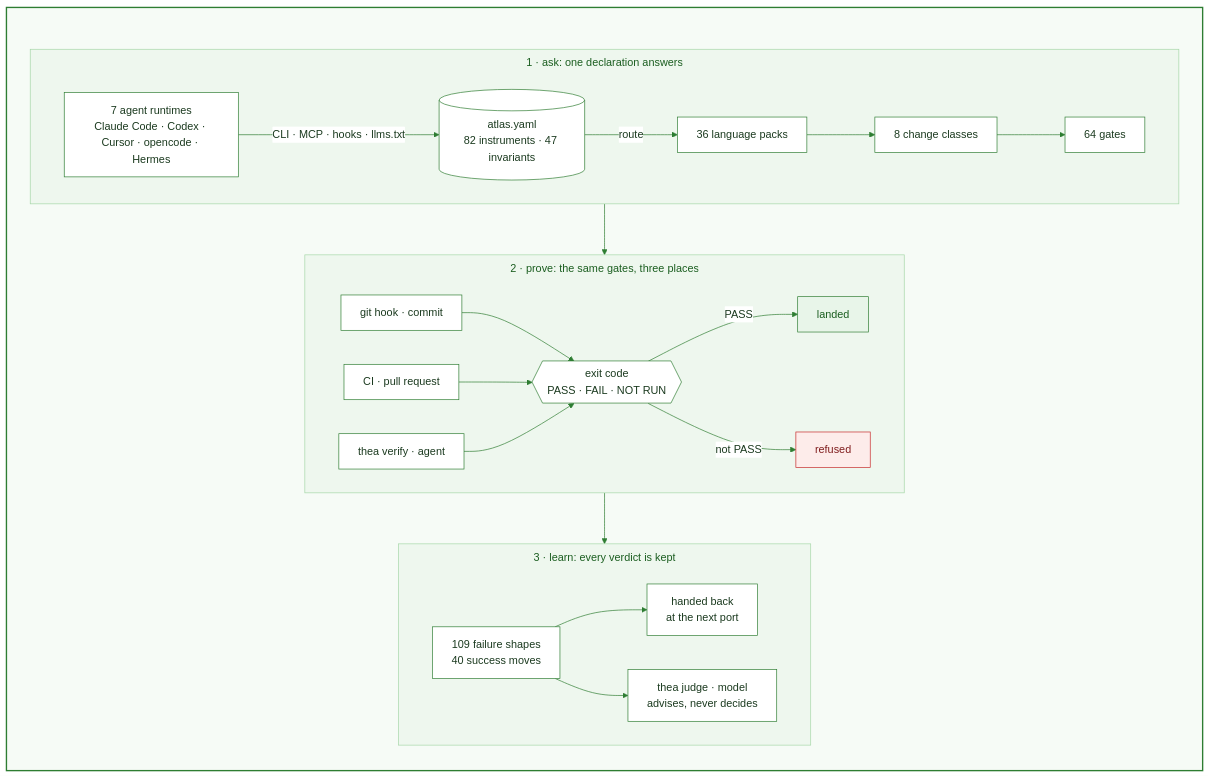
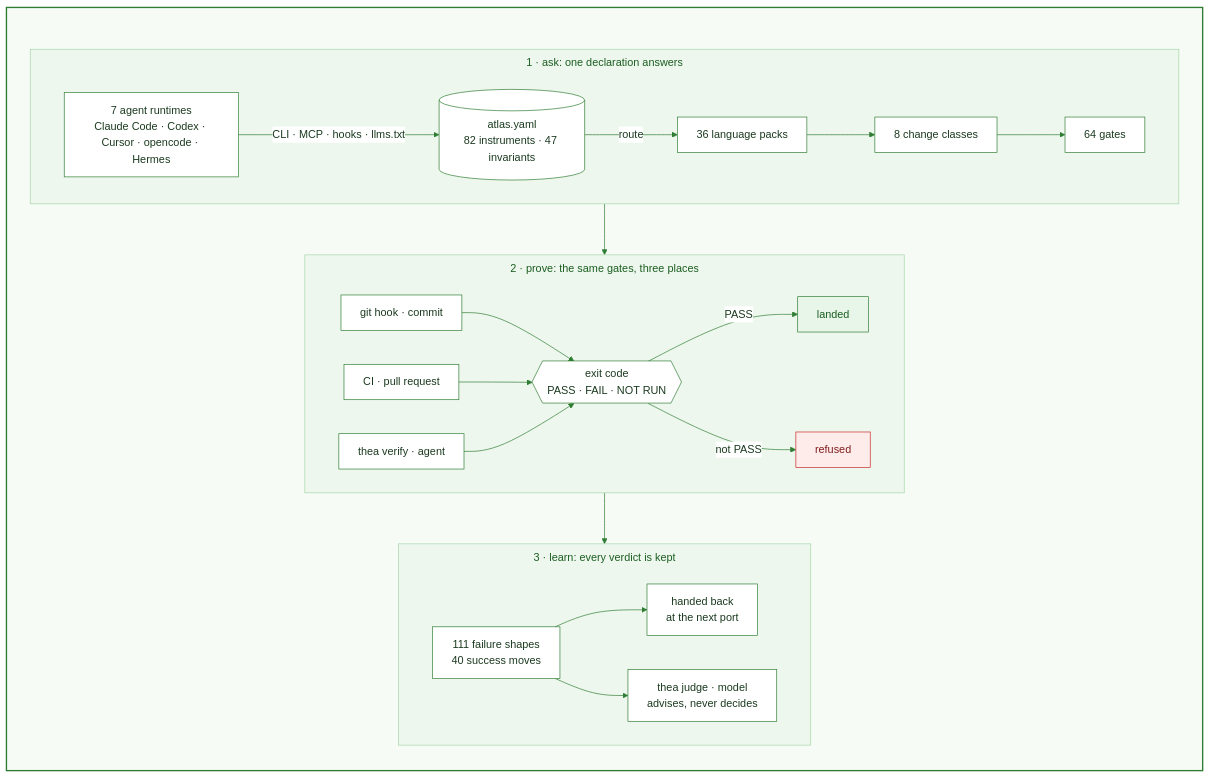
The diagram in README.md (HLIntel/Headron), drawn with Mermaid before and after one commit. The commit also changed other lines of this file and 8 other files, not shown here.

````diff
--- a/README.md
+++ b/README.md
@@ -40,45 +40,45 @@
 ```mermaid
 ---
 config:
   theme: base
   themeVariables:
     primaryColor: "#ffffff"
     primaryBorderColor: "#2e7d32"
     primaryTextColor: "#1b3a1f"
     lineColor: "#2e7d32"
     clusterBkg: "#eef7ee"
     clusterBorder: "#a5d6a7"
     titleColor: "#1b5e20"
   flowchart:
     subGraphTitleMargin: {top: 8, bottom: 16}
     padding: 14
 ---
 flowchart TB
   accTitle: How Thea proves a change
   accDescr: 7 runtimes ask, atlas.yaml routes to 1 of 36 packs and 64 gates, the same gates run at commit, in CI and in thea verify, anything but PASS is refused, verdicts feed the failure and success ledgers, a trained judge only advises
   subgraph thea [" "]
     direction TB
     subgraph ask [1 · ask: one declaration answers]
       direction LR
       A[7 agent runtimes<br>Claude Code · Codex · Cursor · opencode · Hermes] -->|CLI · MCP · hooks · llms.txt| D[(atlas.yaml<br>82 instruments · 47 invariants)]
       D -->|route| P[36 language packs] --> K[8 change classes] --> G[64 gates]
     end
     subgraph run [2 · prove: the same gates, three places]
       direction LR
       H[git hook · commit] & C[CI · pull request] & R[thea verify · agent] --> V{{exit code<br>PASS · FAIL · NOT RUN}}
       V -->|PASS| M[landed]
       V -->|not PASS| X[refused]
     end
     subgraph learn [3 · learn: every verdict is kept]
       direction LR
-      F[109 failure shapes<br>40 success moves] --> N[handed back<br>at the next port]
+      F[111 failure shapes<br>40 success moves] --> N[handed back<br>at the next port]
       F --> J[thea judge · model<br>advises, never decides]
     end
     ask --> run --> learn
   end
   style thea fill:#f6fbf6,stroke:#2e7d32,stroke-width:2px
   classDef stop fill:#fdecea,stroke:#c62828,color:#7f1d1d
   classDef go fill:#e8f5e9,stroke:#2e7d32,color:#1b5e20
   class X stop
   class M go
 ```
````
